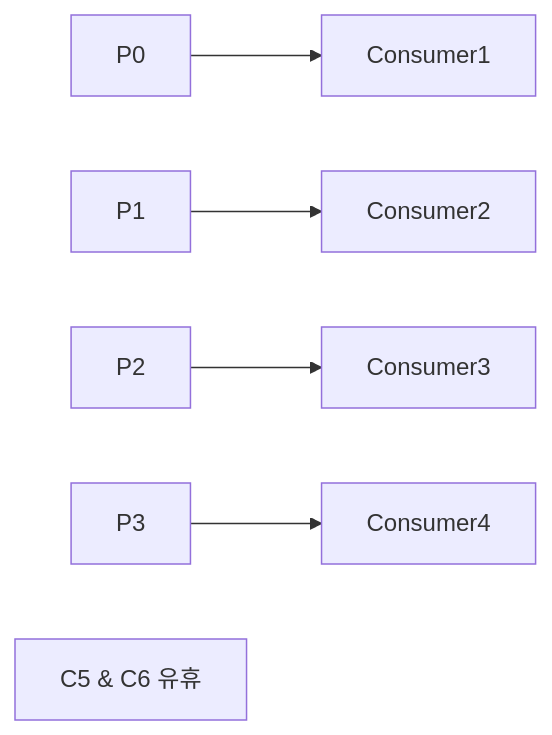
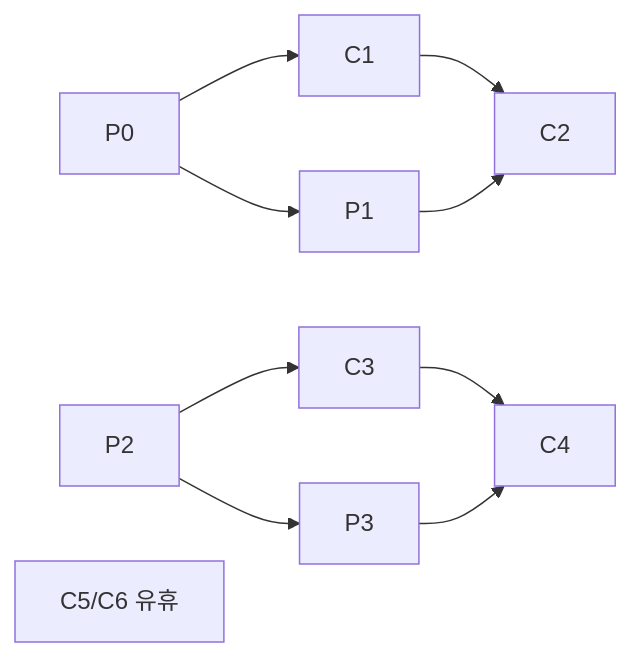
Before and after one commit to yjkim2015/yjkim2015.github.io: the sixth of 17 diagrams in _posts/kafka/2026-05-01-kafka-fundamentals.md, drawn with Mermaid. The commit also changed other lines of this file and 163 other files, not shown here.

First line of the commit message:
Mermaid 300개 블록 내용 축소: 5노드 5엣지 이하, 의미 있는 약어

````diff
--- a/_posts/kafka/2026-05-01-kafka-fundamentals.md
+++ b/_posts/kafka/2026-05-01-kafka-fundamentals.md
@@ -177,8 +175,6 @@
 ```mermaid
 graph LR
-    P0[P0] --> C1[Consumer1]
-    P1[P1] --> C2[Consumer2]
-    P2[P2] --> C3[Consumer3]
-    P3[P3] --> C4[Consumer4]
-    IDLE["C5 & C6 유휴"]
+    P0 --> C1 & P1 --> C2
+    P2 --> C3 & P3 --> C4
+    IDLE["C5/C6 유휴"]
 ```
````
